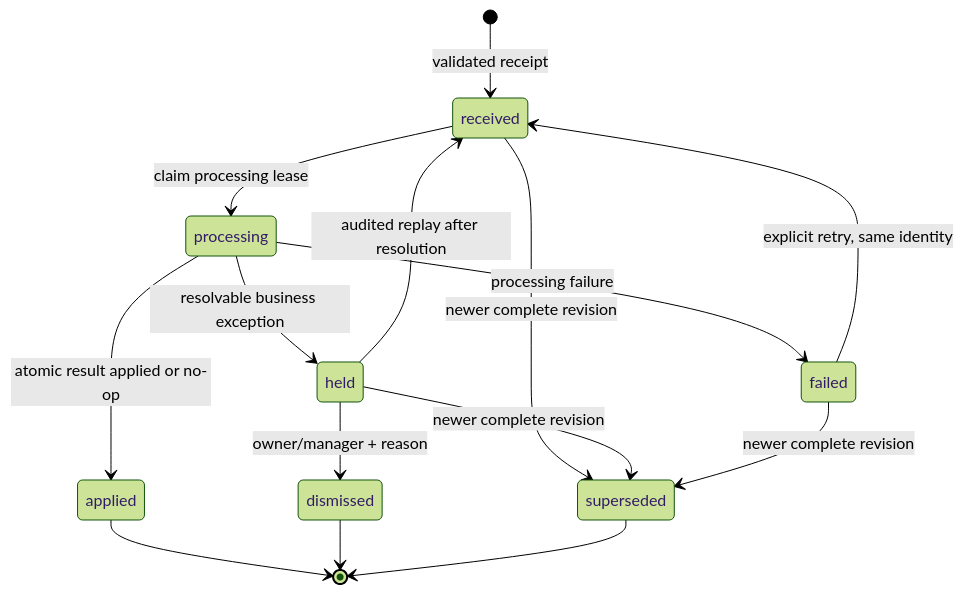
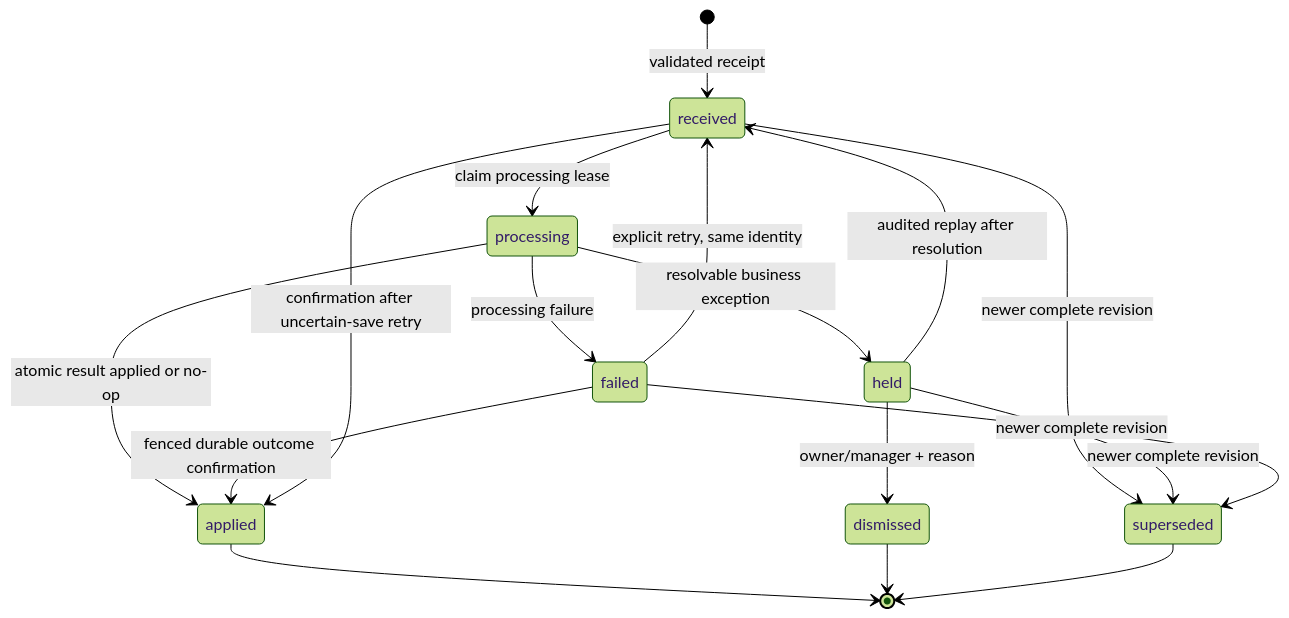
Before and after one commit to magkaniotisleonidas28-star/Pantrack: the diagram in docs/decisions/0003-m4-sales-ingestion.md, drawn with Mermaid (forest theme). The commit also changed other lines of this file and 15 other files, not shown here.

Commit message:
Fix BUG-02 durable sales outcome reconciliation and fencing

````diff
--- a/docs/decisions/0003-m4-sales-ingestion.md
+++ b/docs/decisions/0003-m4-sales-ingestion.md
@@ -90,17 +90,19 @@
 ```mermaid
 stateDiagram-v2
     [*] --> received: validated receipt
     received --> processing: claim processing lease
     processing --> applied: atomic result applied or no-op
     processing --> held: resolvable business exception
     processing --> failed: processing failure
     failed --> received: explicit retry, same identity
+    failed --> applied: fenced durable outcome confirmation
+    received --> applied: confirmation after uncertain-save retry
     held --> received: audited replay after resolution
     held --> dismissed: owner/manager + reason
     received --> superseded: newer complete revision
     held --> superseded: newer complete revision
     failed --> superseded: newer complete revision
     applied --> [*]
     dismissed --> [*]
     superseded --> [*]
 ```
````
